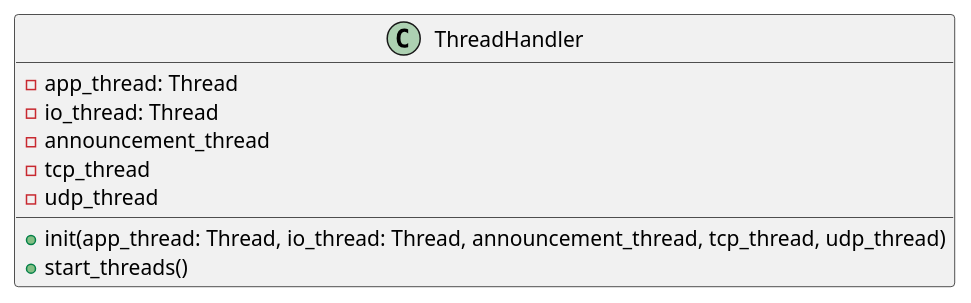
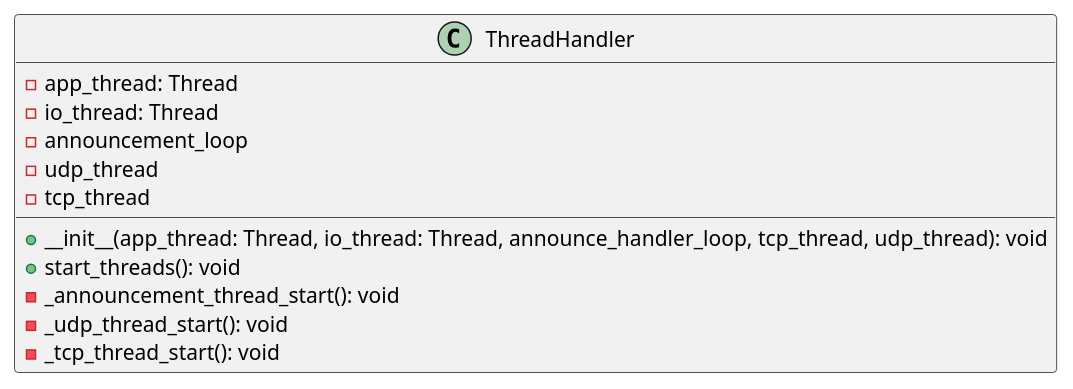
Before and after one commit to YuvalHad1220/Bittorent-Project: the diagram in PlantUML/ThreadHandlerUML.puml, drawn with PlantUML. The commit also changed 30 other files, not shown here.

```diff
--- a/PlantUML/ThreadHandlerUML.puml
+++ b/PlantUML/ThreadHandlerUML.puml
@@ -1,11 +1,15 @@
 @startuml
 class ThreadHandler {
-- app_thread: Thread
-- io_thread: Thread
-- announcement_thread
-- tcp_thread
-- udp_thread
-+ init(app_thread: Thread, io_thread: Thread, announcement_thread, tcp_thread, udp_thread)
-+ start_threads()
+  - app_thread: Thread
+  - io_thread: Thread
+  - announcement_loop
+  - udp_thread
+  - tcp_thread
+
+  + __init__(app_thread: Thread, io_thread: Thread, announce_handler_loop, tcp_thread, udp_thread): void
+  + start_threads(): void
+  - _announcement_thread_start(): void
+  - _udp_thread_start(): void
+  - _tcp_thread_start(): void
 }
 @enduml
```
